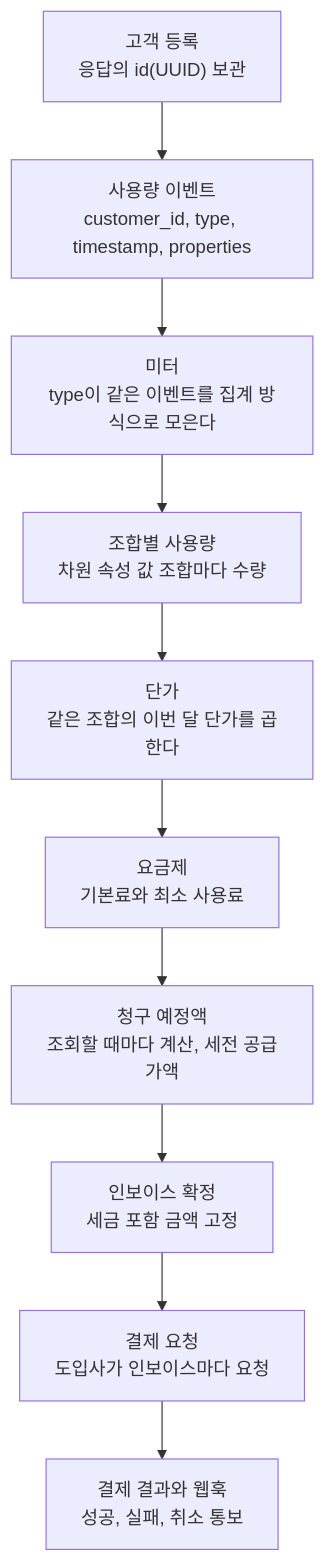
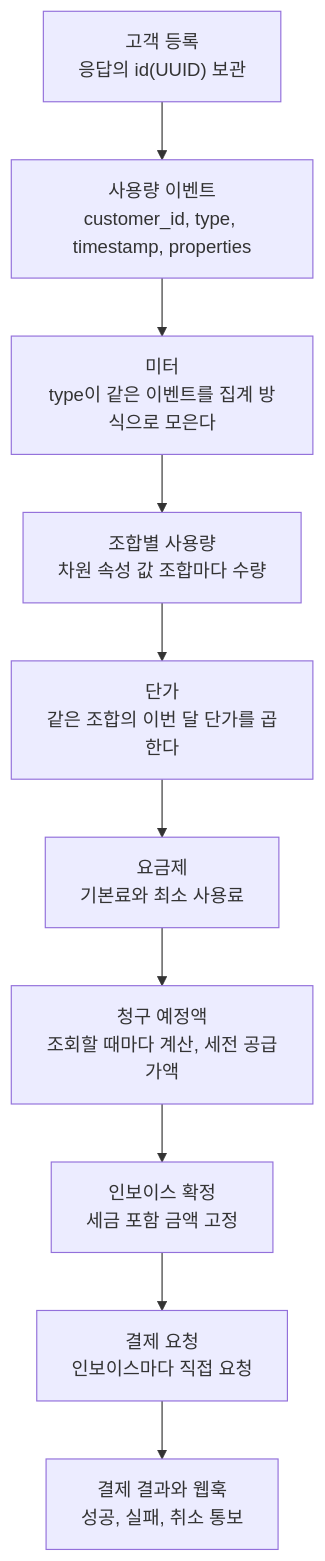
Before and after one commit to asm17-ms2/meterengine: the diagram in guide/concepts/how-it-works.mdx, drawn with Mermaid. The commit also changed other lines of this file and 192 other files, not shown here.

````diff
--- a/guide/concepts/how-it-works.mdx
+++ b/guide/concepts/how-it-works.mdx
@@ -10,13 +10,13 @@
 ```mermaid
 flowchart TD
   C["고객 등록<br/>응답의 id(UUID) 보관"] --> E
   E["사용량 이벤트<br/>customer_id, type, timestamp, properties"] --> M
   M["미터<br/>type이 같은 이벤트를 집계 방식으로 모은다"] --> U
   U["조합별 사용량<br/>차원 속성 값 조합마다 수량"] --> R
   R["단가<br/>같은 조합의 이번 달 단가를 곱한다"] --> P
   P["요금제<br/>기본료와 최소 사용료"] --> D
   D["청구 예정액<br/>조회할 때마다 계산, 세전 공급가액"] --> F
   F["인보이스 확정<br/>세금 포함 금액 고정"] --> Q
-  Q["결제 요청<br/>도입사가 인보이스마다 요청"] --> W
+  Q["결제 요청<br/>인보이스마다 직접 요청"] --> W
   W["결제 결과와 웹훅<br/>성공, 실패, 취소 통보"]
 ```
````
